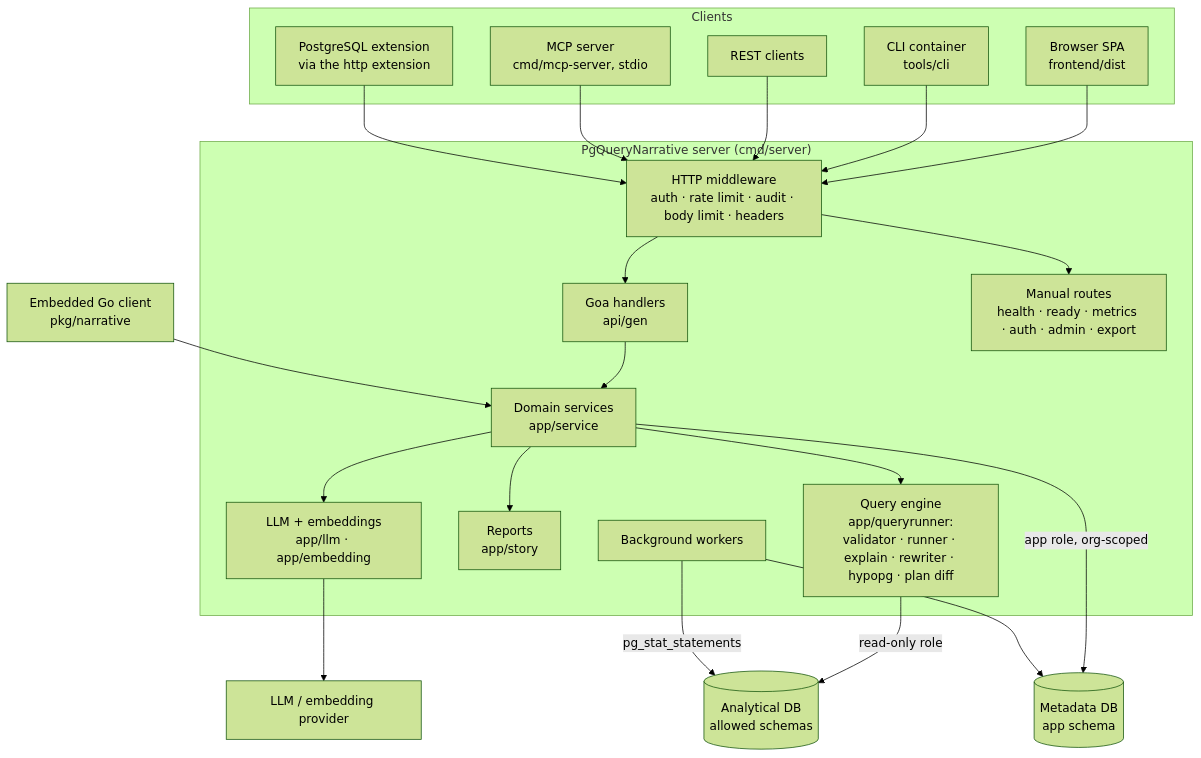
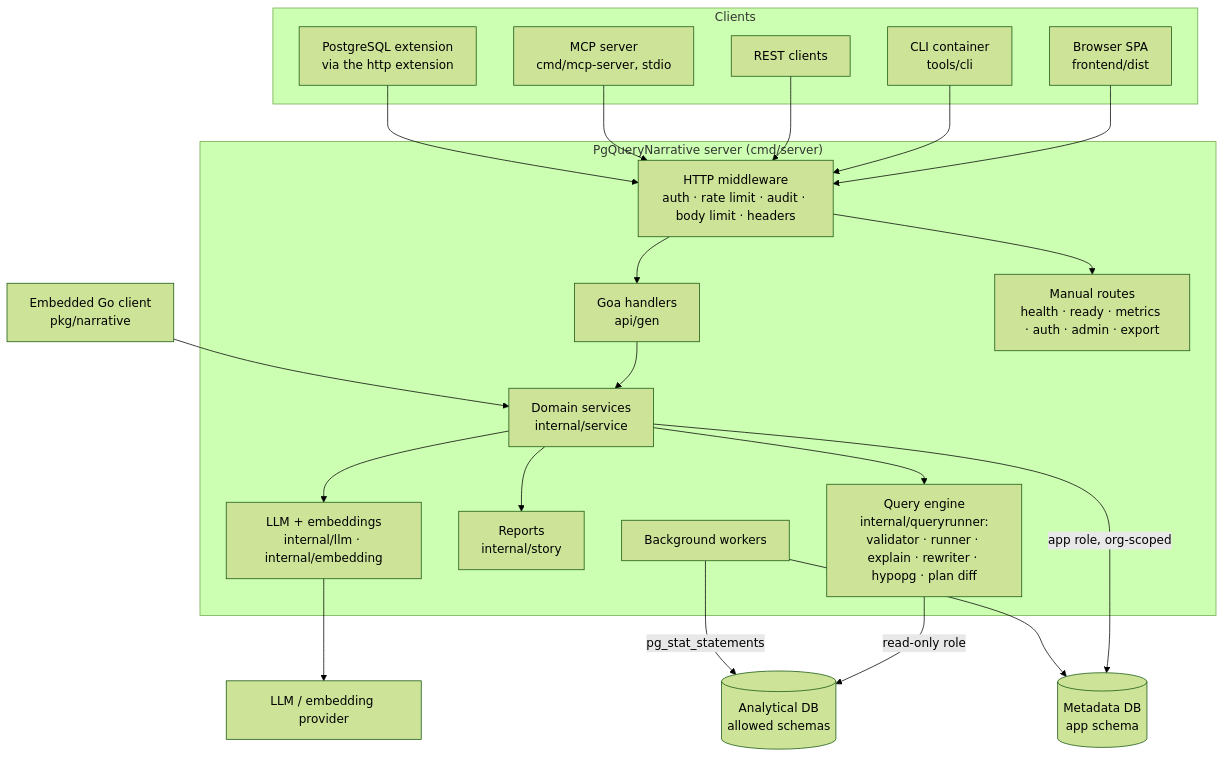
The first of 4 diagrams in docs/architecture.md (pgquery-narrative/pgquerynarrative), drawn with Mermaid (forest theme) before and after one commit. The commit also changed other lines of this file and 666 other files, not shown here.

````diff
--- a/docs/architecture.md
+++ b/docs/architecture.md
@@ -8,35 +8,35 @@
 ```mermaid
 flowchart TB
   subgraph Clients
     UI[Browser SPA<br/>frontend/dist]
     CLI[CLI container<br/>tools/cli]
     REST[REST clients]
     MCP[MCP server<br/>cmd/mcp-server, stdio]
     EXT[PostgreSQL extension<br/>via the http extension]
   end
   subgraph Server["PgQueryNarrative server (cmd/server)"]
     MW[HTTP middleware<br/>auth · rate limit · audit · body limit · headers]
     GOA[Goa handlers<br/>api/gen]
     MAN[Manual routes<br/>health · ready · metrics · auth · admin · export]
-    SVC[Domain services<br/>app/service]
-    QR[Query engine<br/>app/queryrunner:<br/>validator · runner · explain · rewriter · hypopg · plan diff]
-    STORY[Reports<br/>app/story]
-    LLM[LLM + embeddings<br/>app/llm · app/embedding]
+    SVC[Domain services<br/>internal/service]
+    QR[Query engine<br/>internal/queryrunner:<br/>validator · runner · explain · rewriter · hypopg · plan diff]
+    STORY[Reports<br/>internal/story]
+    LLM[LLM + embeddings<br/>internal/llm · internal/embedding]
     BG[Background workers]
   end
   EMB[Embedded Go client<br/>pkg/narrative]
   META[(Metadata DB<br/>app schema)]
   ANA[(Analytical DB<br/>allowed schemas)]
   PROV[LLM / embedding provider]
 
   UI & CLI & REST & MCP & EXT --> MW
   MW --> GOA & MAN
   GOA --> SVC
   EMB --> SVC
   SVC --> QR & STORY & LLM
   SVC -->|app role, org-scoped| META
   QR -->|read-only role| ANA
   BG --> META
   BG -->|pg_stat_statements| ANA
   LLM --> PROV
 ```
````
